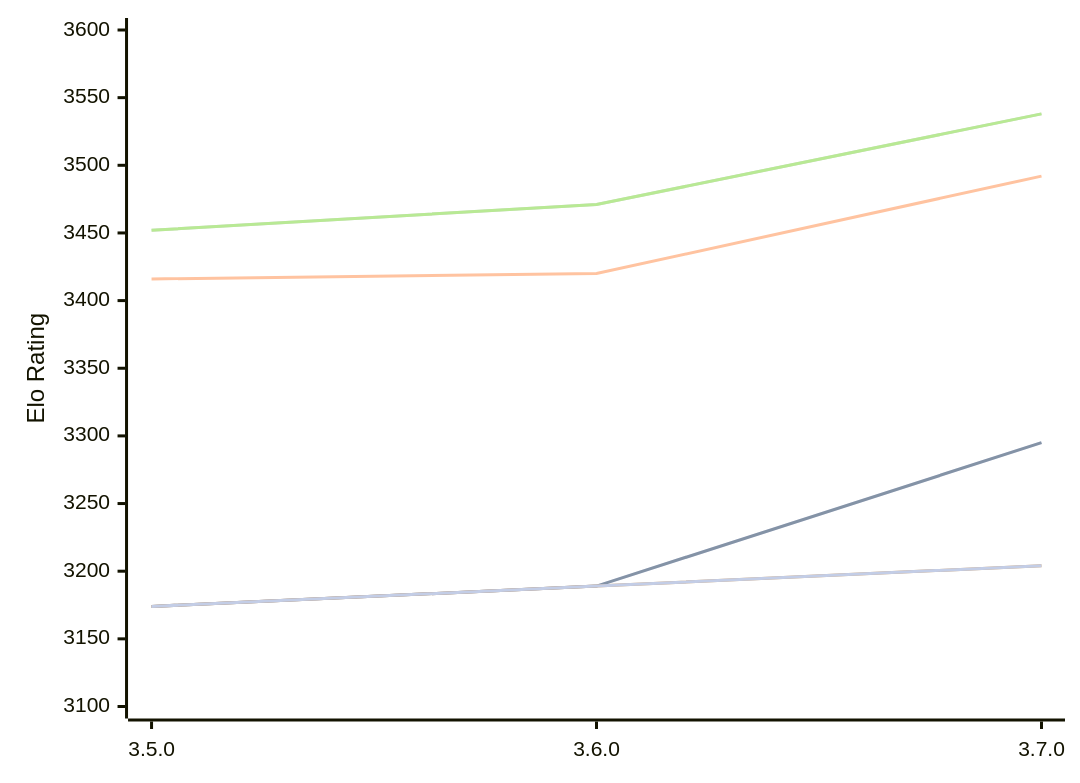
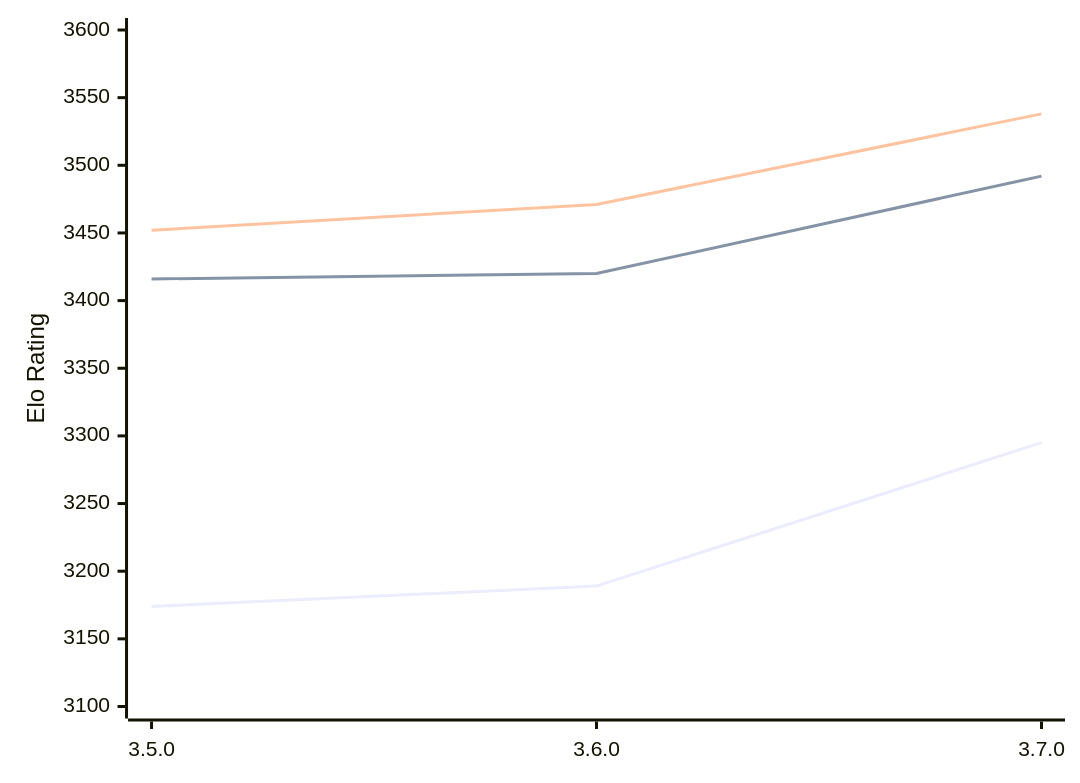
The diagram in engines/Igel.md (computer-chess-index/cci), drawn with Mermaid before and after one commit. The commit also changed other lines of this file, not shown here.

````diff
--- a/engines/Igel.md
+++ b/engines/Igel.md
@@ -49,13 +49,9 @@
 ```mermaid
 %%{init: {"theme":"base","themeVariables":{"seriesColors:['#a3a3a3','#222221','#faa371']}}}%%
 xychart-beta
   x-axis ["3.5.0", "3.6.0", "3.7.0"]
   y-axis "Elo Rating" 3100 --> 3600
-  line "" [3174, 3189, 3295]
   line "T1: STC (8.0+0.08s)" [3174, 3189, 3295]
   line "T1: LTC (60.0+0.60s)" [3416, 3420, 3492]
-  line "" [3452, 3471, 3538]
   line "T1: VLTC (2m24s+1.12s)" [3452, 3471, 3538]
-  line "" [3174, 3189,3204]
-  line "E1: STC (8.0+0.08s)" [3174, 3189,3204]
 ```
````
